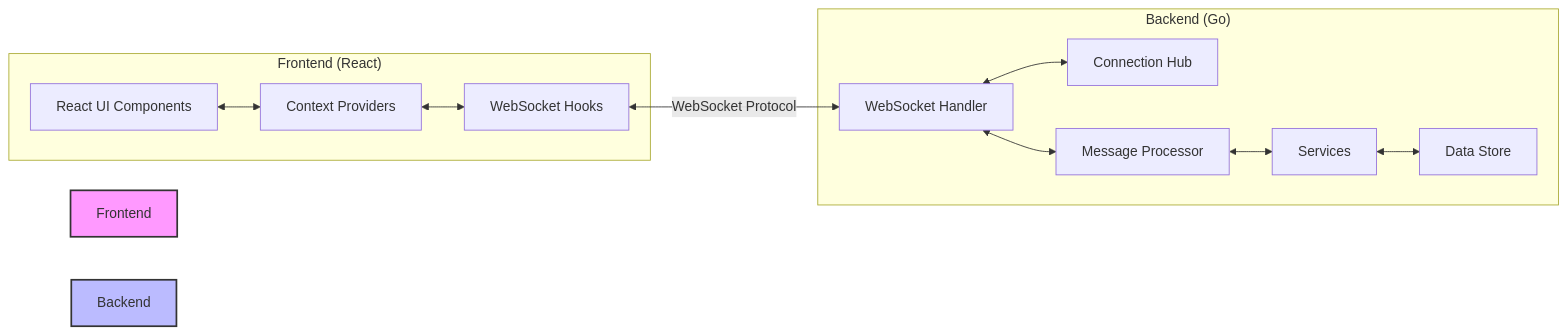
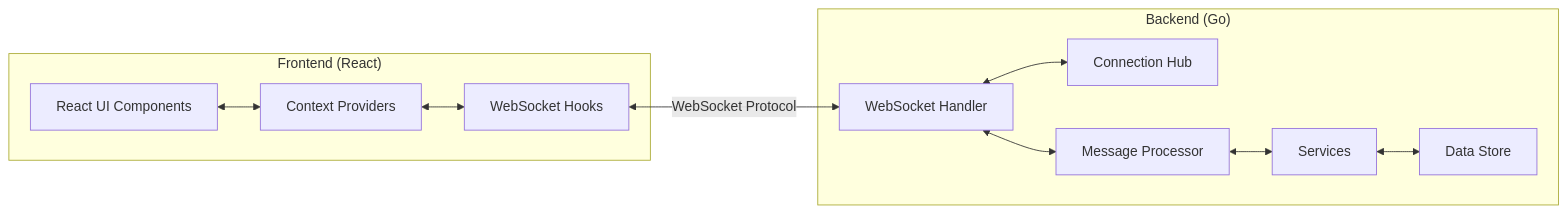
One commit to nikomayra/rtc-nb changed the fourth of 4 diagrams in README.md. Above: the diagram before and after it, drawn with Mermaid.

````diff
--- a/README.md
+++ b/README.md
@@ -293,27 +293,24 @@
 ```mermaid
 graph LR
     subgraph "Frontend (React)"
         UI[React UI Components]
         WSHooks[WebSocket Hooks]
         Contexts[Context Providers]
     end
 
     subgraph "Backend (Go)"
         WSHandler[WebSocket Handler]
         Hub[Connection Hub]
         MsgProcessor[Message Processor]
         Services[Services]
         Store[Data Store]
     end
 
     UI <--> Contexts
     Contexts <--> WSHooks
     WSHooks <-->|WebSocket Protocol| WSHandler
     WSHandler <--> Hub
     WSHandler <--> MsgProcessor
     MsgProcessor <--> Services
     Services <--> Store
-
-    style Frontend fill:#f9f,stroke:#333,stroke-width:2px
-    style Backend fill:#bbf,stroke:#333,stroke-width:2px
 ```
````
